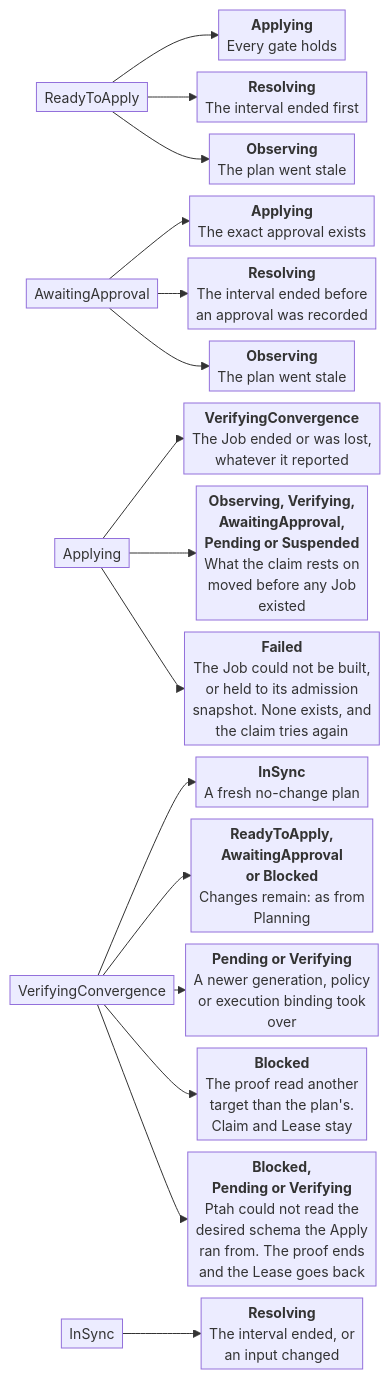
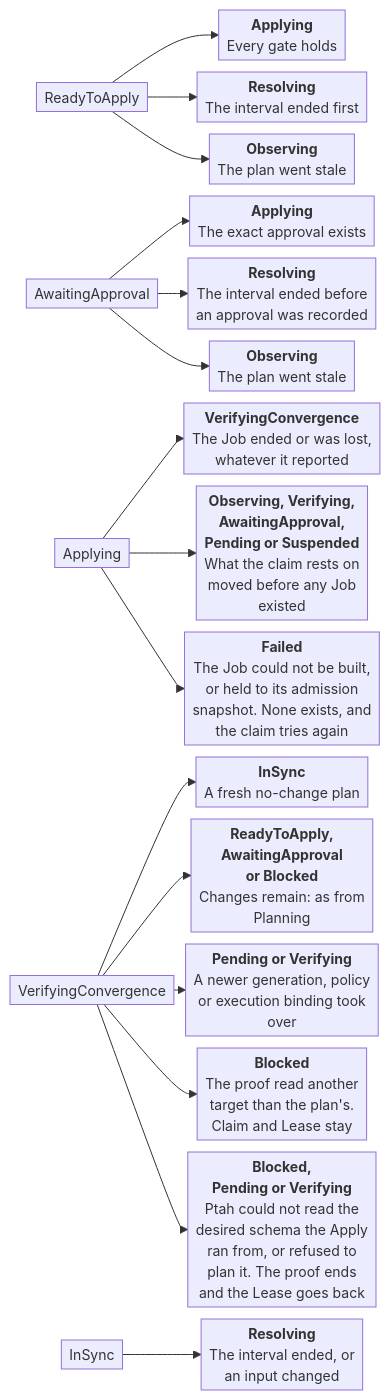
One commit to stokaro/ptah-operator changed the fourth of 8 diagrams in docs/site/src/content/docs/reference/reconciliation.md. Above: the diagram before and after it, drawn with Mermaid. The commit also changed other lines of this file and 44 other files, not shown here.

First line of the commit message:
Stop a schema at Blocked when Ptah refuses to plan it (#1169)

````diff
--- a/docs/site/src/content/docs/reference/reconciliation.md
+++ b/docs/site/src/content/docs/reference/reconciliation.md
@@ -230,38 +230,38 @@
 ```mermaid
 ---
 config:
   look: classic
   themeVariables:
     fontSize: 14px
   flowchart:
     wrappingWidth: 260
     nodeSpacing: 12
     rankSpacing: 10
     padding: 4
     diagramPadding: 6
 ---
 flowchart LR
   %% status.phase
   accTitle: A schema's phases from a plan to the proof
   accDescr: ReadyToApply and AwaitingApproval lead to Applying, and every Apply Job that ended leads to VerifyingConvergence, which leads to InSync or back to a plan's verdict. Each box on the right names the next phase and what moves the resource there.
   ready["ReadyToApply"]
   approval["AwaitingApproval"]
   applying["Applying"]
   proof["VerifyingConvergence"]
   insync["InSync"]
   ready --> readyApplies["<b>Applying</b><br/>Every gate holds"]
   ready --> readyRefreshes["<b>Resolving</b><br/>The interval ended first"]
   ready --> readyStale["<b>Observing</b><br/>The plan went stale"]
   approval --> approved["<b>Applying</b><br/>The exact approval exists"]
   approval --> approvalRefreshes["<b>Resolving</b><br/>The interval ended before<br/>an approval was recorded"]
   approval --> approvalStale["<b>Observing</b><br/>The plan went stale"]
   applying --> applyEnded["<b>VerifyingConvergence</b><br/>The Job ended or was lost,<br/>whatever it reported"]
   applying --> applyWithdrawn["<b>Observing, Verifying,</b><br/><b>AwaitingApproval,</b><br/><b>Pending or Suspended</b><br/>What the claim rests on<br/>moved before any Job<br/>existed"]
   applying --> applyUnbuilt["<b>Failed</b><br/>The Job could not be built,<br/>or held to its admission<br/>snapshot. None exists, and<br/>the claim tries again"]
   proof --> proved["<b>InSync</b><br/>A fresh no-change plan"]
   proof --> changesRemain["<b>ReadyToApply,</b><br/><b>AwaitingApproval</b><br/><b>or Blocked</b><br/>Changes remain: as from<br/>Planning"]
   proof --> superseded["<b>Pending or Verifying</b><br/>A newer generation, policy<br/>or execution binding took<br/>over"]
   proof --> targetMoved["<b>Blocked</b><br/>The proof read another<br/>target than the plan's.<br/>Claim and Lease stay"]
-  proof --> proofUnreadable["<b>Blocked,</b><br/><b>Pending or Verifying</b><br/>Ptah could not read the<br/>desired schema the Apply<br/>ran from. The proof ends<br/>and the Lease goes back"]
+  proof --> proofUnreadable["<b>Blocked,</b><br/><b>Pending or Verifying</b><br/>Ptah could not read the<br/>desired schema the Apply<br/>ran from, or refused to<br/>plan it. The proof ends<br/>and the Lease goes back"]
   insync --> insyncReads["<b>Resolving</b><br/>The interval ended, or<br/>an input changed"]
 ```
````
